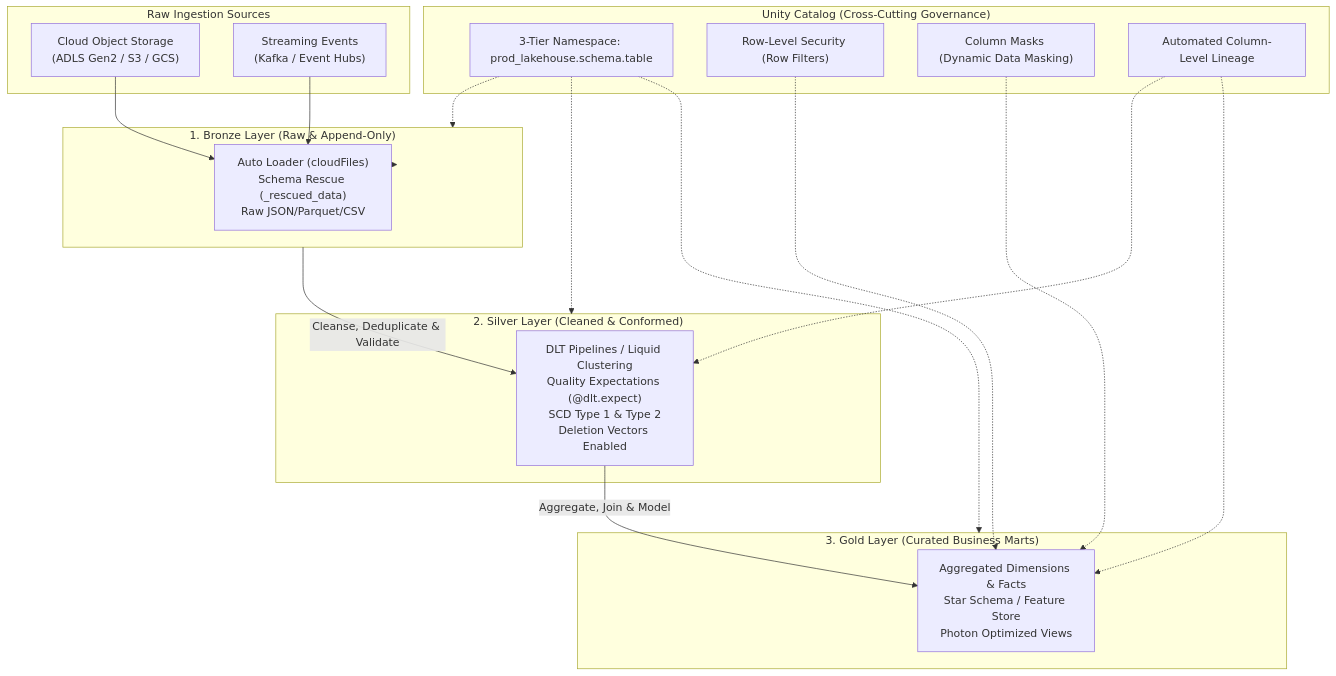
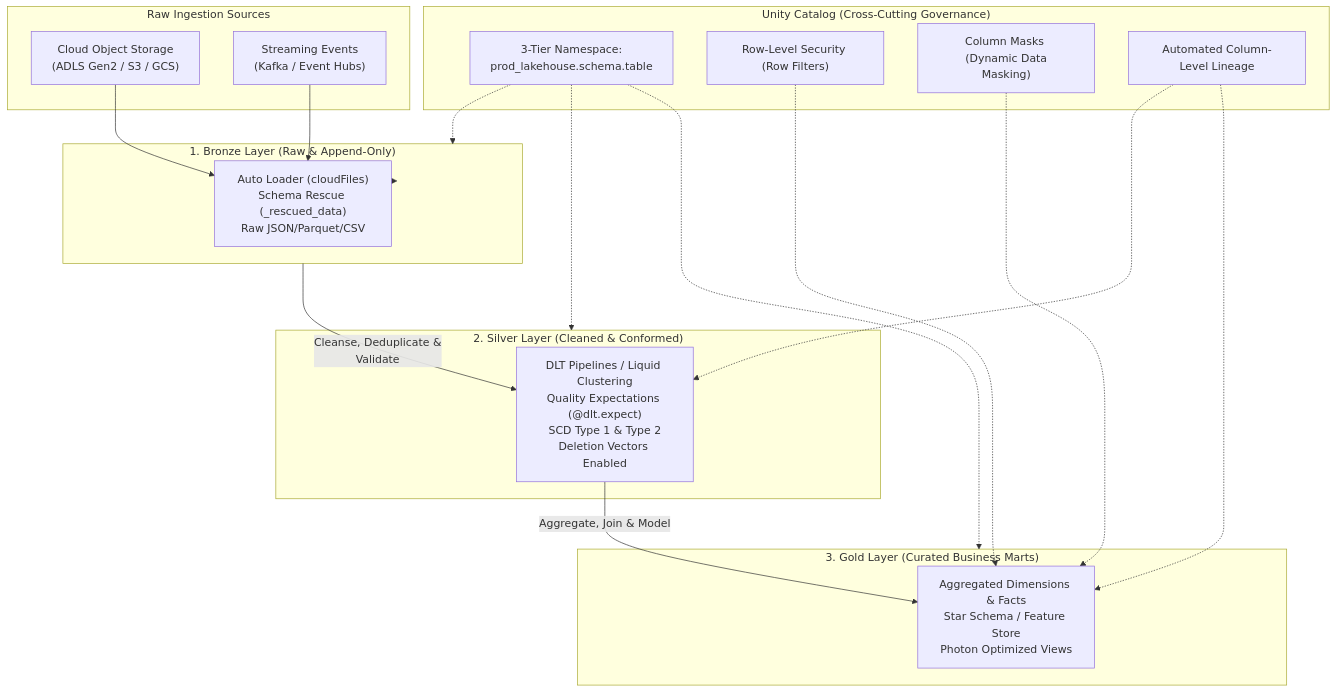
One commit to santoshjammi29/moderndataengineer changed the first of 2 diagrams in docs/architecture/10_production_databricks_medallion_blueprint_and_runbook.md. Above: the diagram before and after it, drawn with Mermaid. The commit also changed other lines of this file and 29 other files, not shown here.

Commit message:
fix(diagrams): word-wrap labels and escape comparison operators across all diagrams

````diff
--- a/docs/architecture/10_production_databricks_medallion_blueprint_and_runbook.md
+++ b/docs/architecture/10_production_databricks_medallion_blueprint_and_runbook.md
@@ -12,40 +12,40 @@
 ```mermaid
 flowchart TD
     subgraph Sources ["Raw Ingestion Sources"]
-        S3["Cloud Object Storage\n(ADLS Gen2 / S3 / GCS)"]
-        Kafka["Streaming Events\n(Kafka / Event Hubs)"]
+        S3["Cloud Object Storage<br/>(ADLS Gen2 / S3 / GCS)"]
+        Kafka["Streaming Events<br/>(Kafka / Event Hubs)"]
     end
 
     subgraph Bronze ["1. Bronze Layer (Raw & Append-Only)"]
-        AutoLoader["Auto Loader (cloudFiles)\nSchema Rescue (_rescued_data)\nRaw JSON/Parquet/CSV"]
+        AutoLoader["Auto Loader (cloudFiles)<br/>Schema Rescue (_rescued_data)<br/>Raw JSON/Parquet/CSV"]
     end
 
     subgraph Silver ["2. Silver Layer (Cleaned & Conformed)"]
-        DLT_Silver["DLT Pipelines / Liquid Clustering\nQuality Expectations (@dlt.expect)\nSCD Type 1 & Type 2\nDeletion Vectors Enabled"]
+        DLT_Silver["DLT Pipelines / Liquid Clustering<br/>Quality Expectations (@dlt.expect)<br/>SCD Type 1 & Type 2<br/>Deletion Vectors Enabled"]
     end
 
     subgraph Gold ["3. Gold Layer (Curated Business Marts)"]
-        GoldMarts["Aggregated Dimensions & Facts\nStar Schema / Feature Store\nPhoton Optimized Views"]
+        GoldMarts["Aggregated Dimensions & Facts<br/>Star Schema / Feature Store<br/>Photon Optimized Views"]
     end
 
     subgraph Governance ["Unity Catalog (Cross-Cutting Governance)"]
-        UC_Namespace["3-Tier Namespace: prod_lakehouse.schema.table"]
+        UC_Namespace["3-Tier Namespace:<br/>prod_lakehouse.schema.table"]
         RLS["Row-Level Security (Row Filters)"]
-        CLS["Column Masks (Dynamic Data Masking)"]
+        CLS["Column Masks (Dynamic Data<br/>Masking)"]
         Lineage["Automated Column-Level Lineage"]
     end
 
     S3 --> AutoLoader
     Kafka --> AutoLoader
     AutoLoader --> Bronze
-    Bronze -->|"Cleanse, Deduplicate & Validate"| DLT_Silver
+    Bronze -->|"Cleanse, Deduplicate &<br/>Validate"| DLT_Silver
     DLT_Silver -->|"Aggregate, Join & Model"| GoldMarts
 
     UC_Namespace -.-> Bronze
     UC_Namespace -.-> Silver
     UC_Namespace -.-> Gold
     RLS -.-> GoldMarts
     CLS -.-> GoldMarts
     Lineage -.-> DLT_Silver
     Lineage -.-> GoldMarts
 ```
````
